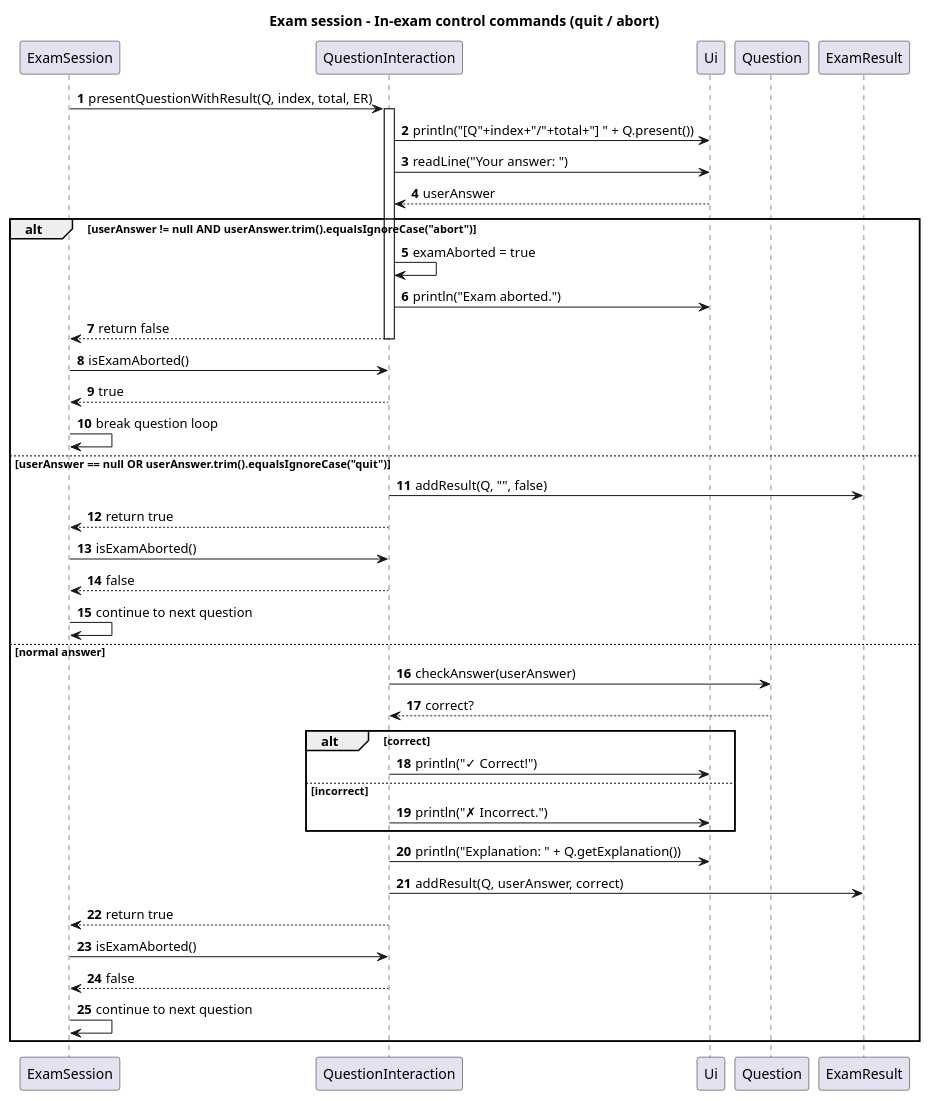
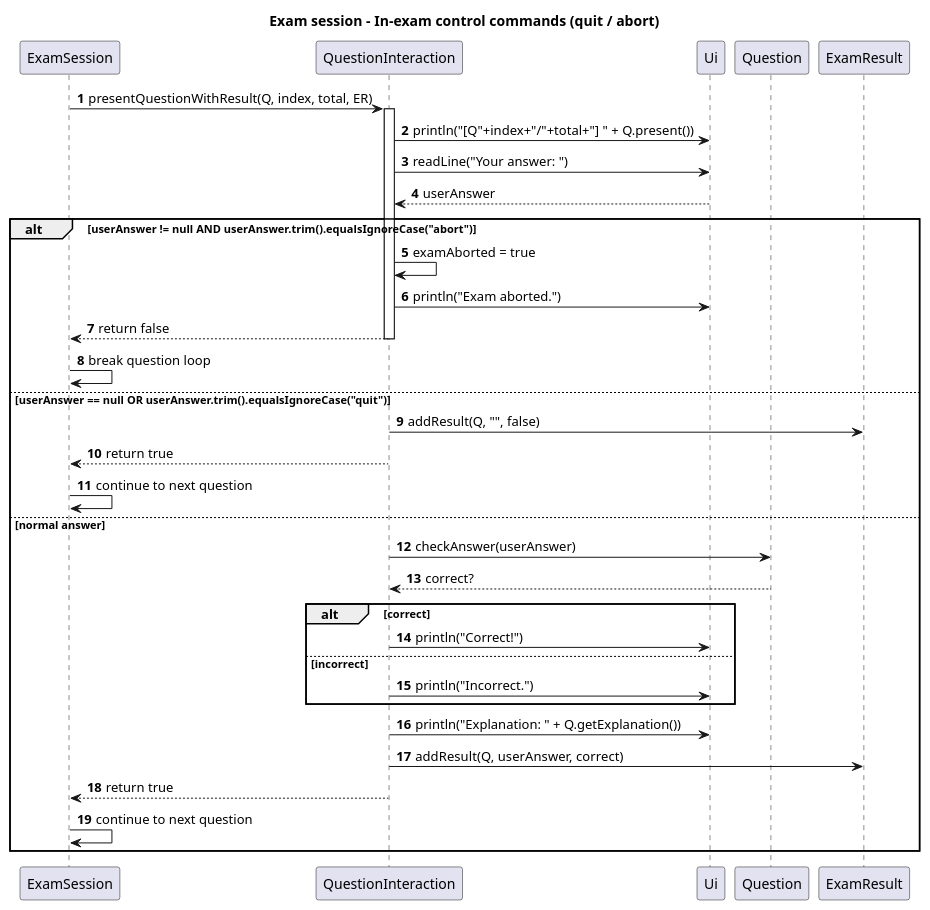
Before and after one commit to siddhant2118/tp: the diagram in docs/diagrams/ExamControlCommandsSequence.puml, drawn with PlantUML. The commit also changed 3 other files, not shown here.

Commit message:
Update UML diagrams

```diff
--- a/docs/diagrams/ExamControlCommandsSequence.puml
+++ b/docs/diagrams/ExamControlCommandsSequence.puml
@@ -1,64 +1,58 @@
 @startuml
 ' Exam session: non-PRAC question interaction with quit/abort
 ' This diagram is aligned with:
 ' - linuxlingo.exam.ExamSession#runExam(...)
 ' - linuxlingo.exam.QuestionInteraction#presentQuestionWithResult(...)
 
 title Exam session – In-exam control commands (quit / abort)
 
 autonumber
 
 participant "ExamSession" as ES
 participant "QuestionInteraction" as QI
 participant "Ui" as UI
 participant "Question" as Q
 participant "ExamResult" as ER
 
 
 ES -> QI : presentQuestionWithResult(Q, index, total, ER)
 activate QI
 
 QI -> UI : println("[Q"+index+"/"+total+"] " + Q.present())
 QI -> UI : readLine("Your answer: ")
 UI --> QI : userAnswer
 
 alt userAnswer != null AND userAnswer.trim().equalsIgnoreCase("abort")
   QI -> QI : examAborted = true
   QI -> UI : println("Exam aborted.")
   QI --> ES : return false
   deactivate QI
 
-  ES -> QI : isExamAborted()
-  QI --> ES : true
   ES -> ES : break question loop
 
 else userAnswer == null OR userAnswer.trim().equalsIgnoreCase("quit")
   QI -> ER : addResult(Q, "", false)
   QI --> ES : return true
   deactivate QI
 
-  ES -> QI : isExamAborted()
-  QI --> ES : false
   ES -> ES : continue to next question
 
 else normal answer
   QI -> Q : checkAnswer(userAnswer)
   Q --> QI : correct?
 
   alt correct
-    QI -> UI : println("✓ Correct!")
+    QI -> UI : println("Correct!")
   else incorrect
-    QI -> UI : println("✗ Incorrect.")
+    QI -> UI : println("Incorrect.")
   end
 
   QI -> UI : println("Explanation: " + Q.getExplanation())
   QI -> ER : addResult(Q, userAnswer, correct)
   QI --> ES : return true
   deactivate QI
 
-  ES -> QI : isExamAborted()
-  QI --> ES : false
   ES -> ES : continue to next question
 end
 
 @enduml
```
